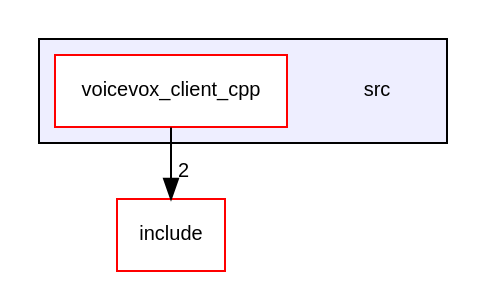
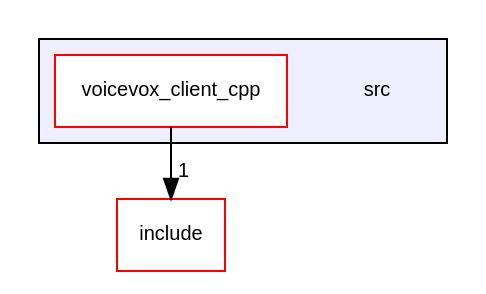
One commit to fugashy/voicevox_client_cpp changed the diagram in dir_68267d1309a1af8e8297ef4c3efbcdba_dep.dot. Above: the diagram before and after it, drawn with Graphviz. The commit also changed 49 other files, not shown here.

```diff
--- a/dir_68267d1309a1af8e8297ef4c3efbcdba_dep.dot
+++ b/dir_68267d1309a1af8e8297ef4c3efbcdba_dep.dot
@@ -1,12 +1,12 @@
 digraph "src" {
   compound=true
   node [ fontsize="10", fontname="Helvetica"];
   edge [ labelfontsize="10", labelfontname="Helvetica"];
   subgraph clusterdir_68267d1309a1af8e8297ef4c3efbcdba {
     graph [ bgcolor="#eeeeff", pencolor="black", label="" URL="dir_68267d1309a1af8e8297ef4c3efbcdba.html"];
     dir_68267d1309a1af8e8297ef4c3efbcdba [shape=plaintext label="src"];
   dir_c0642729247b66af8e1f7cbefae5b919 [shape=box label="voicevox_client_cpp" fillcolor="white" style="filled" color="red" URL="dir_c0642729247b66af8e1f7cbefae5b919.html"];
   }
   dir_d44c64559bbebec7f509842c48db8b23 [shape=box label="include" fillcolor="white" style="filled" color="red" URL="dir_d44c64559bbebec7f509842c48db8b23.html"];
-  dir_c0642729247b66af8e1f7cbefae5b919->dir_d44c64559bbebec7f509842c48db8b23 [headlabel="2", labeldistance=1.5 headhref="dir_000003_000000.html"];
+  dir_c0642729247b66af8e1f7cbefae5b919->dir_d44c64559bbebec7f509842c48db8b23 [headlabel="1", labeldistance=1.5 headhref="dir_000003_000000.html"];
 }
```
